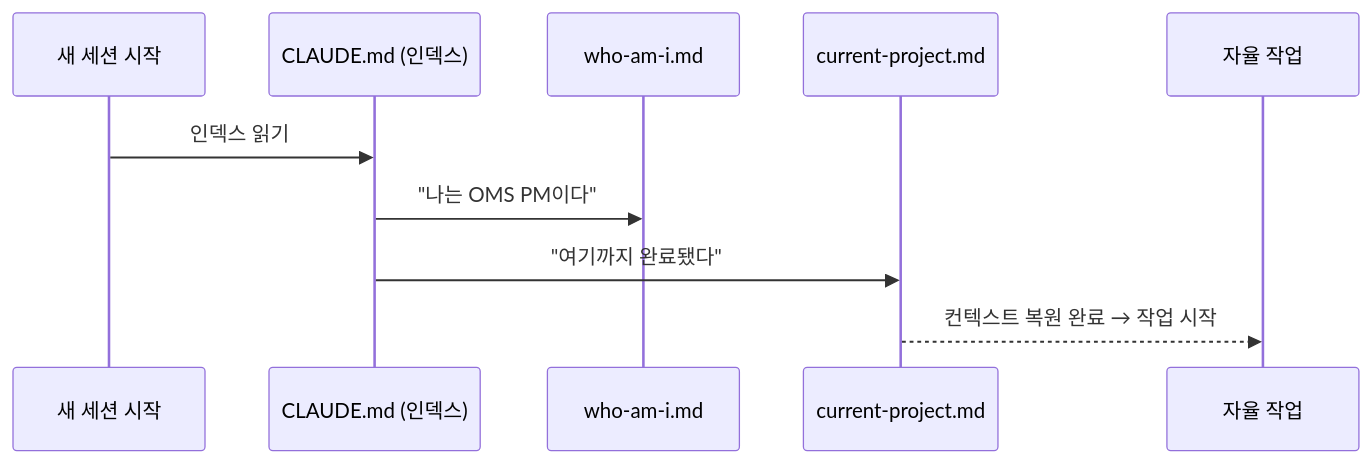
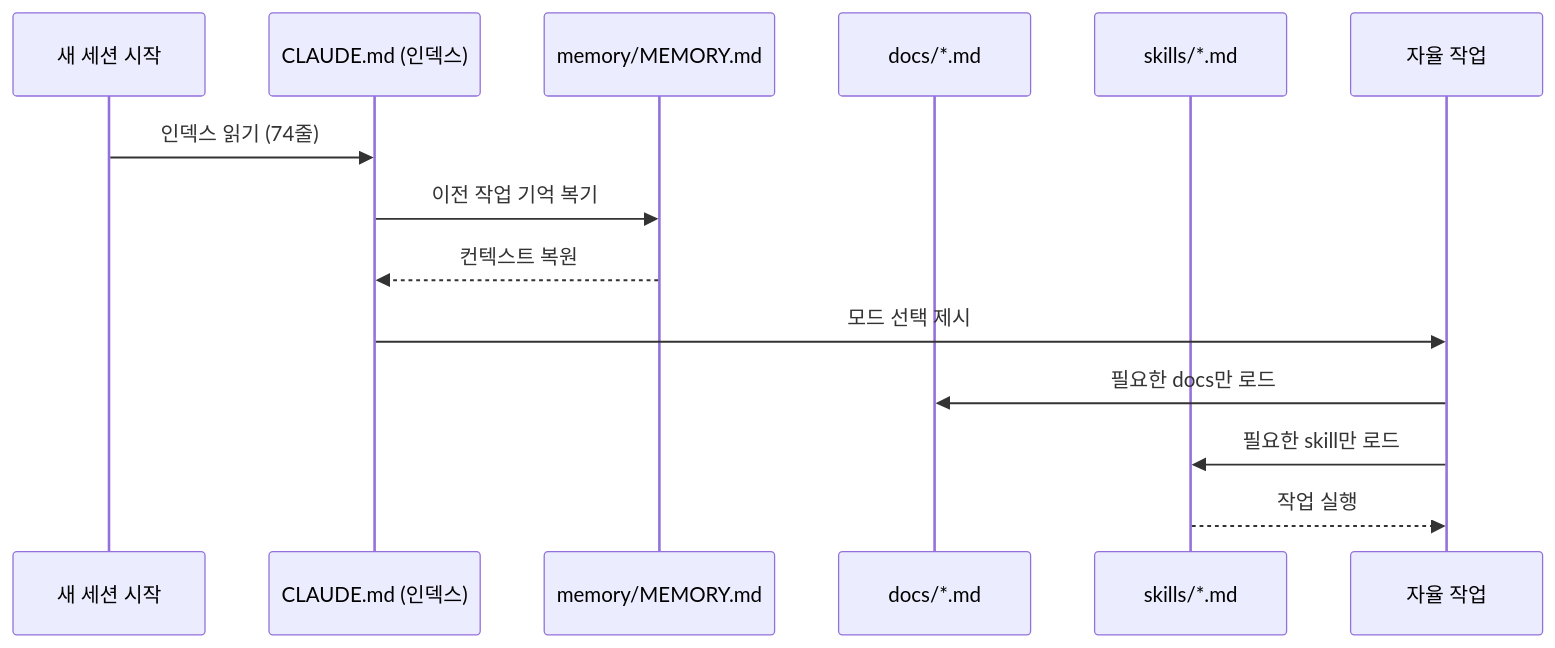
Before and after one commit to forexms78/claude-agent-orchestration: the first of 3 diagrams in README.md, drawn with Mermaid. The commit also changed other lines of this file, not shown here.

First line of the commit message:
docs: 분산 메모리 구조 및 Skills 시스템 반영 (v1.4)

````diff
--- a/README.md
+++ b/README.md
@@ -17,13 +17,17 @@
 ```mermaid
 sequenceDiagram
     participant S as 새 세션 시작
     participant C as CLAUDE.md (인덱스)
-    participant W as who-am-i.md
-    participant P as current-project.md
+    participant M as memory/MEMORY.md
+    participant D as docs/*.md
+    participant SK as skills/*.md
     participant A as 자율 작업
 
-    S->>C: 인덱스 읽기
-    C->>W: "나는 OMS PM이다"
-    C->>P: "여기까지 완료됐다"
-    P-->>A: 컨텍스트 복원 완료 → 작업 시작
+    S->>C: 인덱스 읽기 (74줄)
+    C->>M: 이전 작업 기억 복기
+    M-->>C: 컨텍스트 복원
+    C->>A: 모드 선택 제시
+    A->>D: 필요한 docs만 로드
+    A->>SK: 필요한 skill만 로드
+    SK-->>A: 작업 실행
 ```
````
